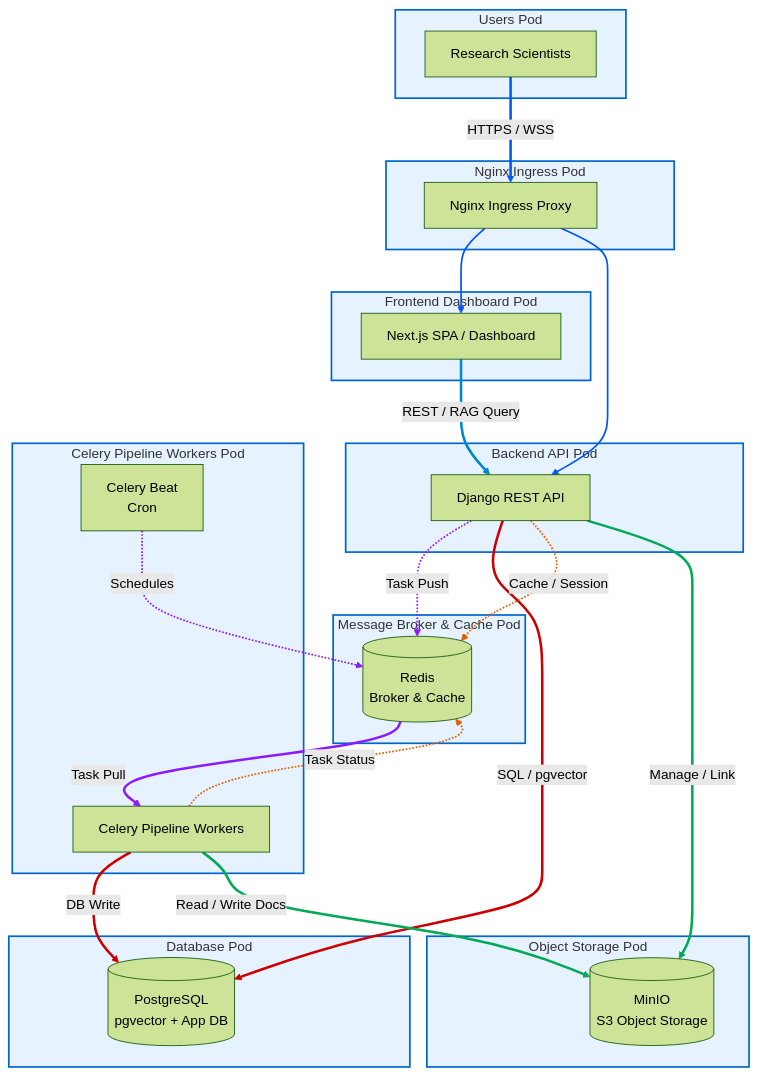
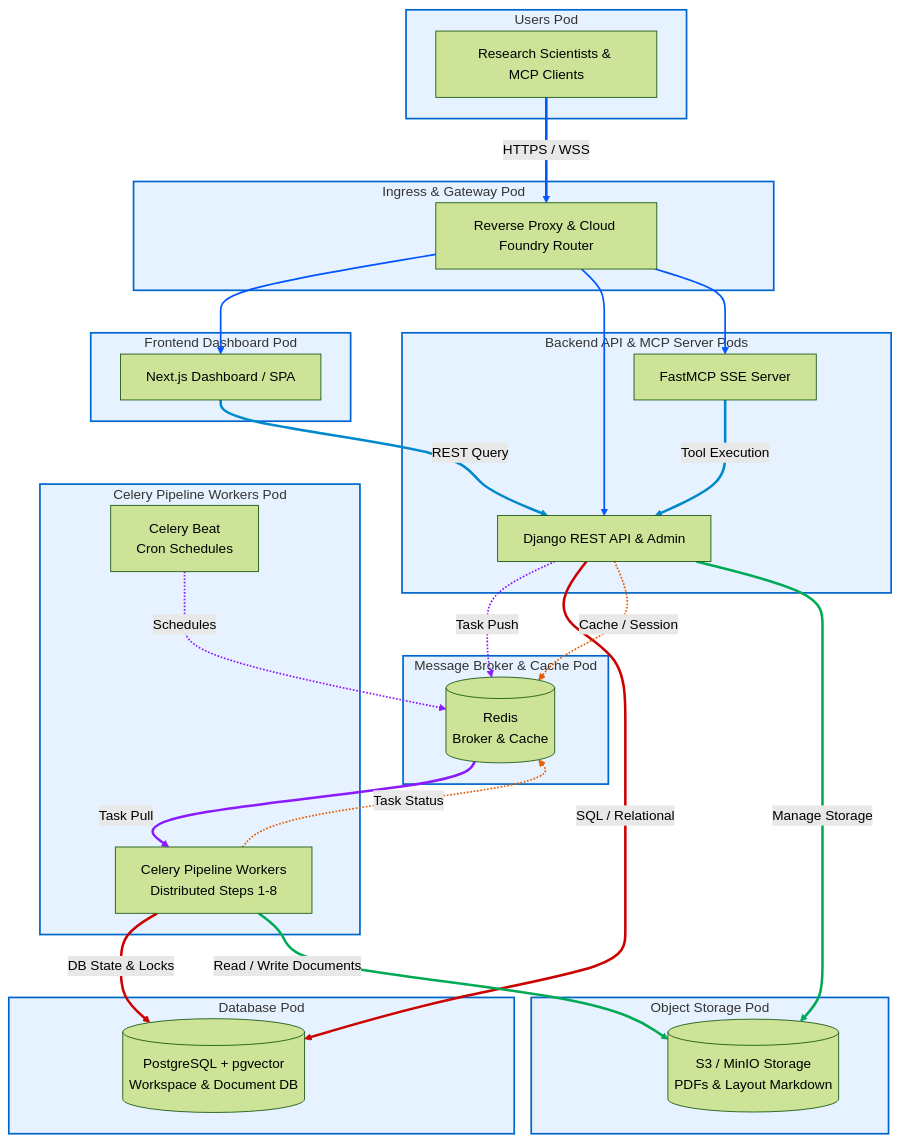
The diagram in docs/diagrams/architecture.mmd (p4ku/research-intelligence), drawn with Mermaid (forest theme) before and after one commit. The commit also changed 15 other files, not shown here.

Commit message:
docs: update diagrams and user guides for 8-stage SLR pipeline and workspace config import/export

```diff
--- a/docs/diagrams/architecture.mmd
+++ b/docs/diagrams/architecture.mmd
@@ -1,70 +1,75 @@
 graph TB
     subgraph Users ["Users Pod"]
-        usr[Research Scientists]
+        usr[Research Scientists & MCP Clients]
     end
     style Users fill:#e6f2ff,stroke:#0066cc,stroke-width:2px
 
-    subgraph Ingress ["Nginx Ingress Pod"]
-        nginx[Nginx Ingress Proxy]
+    subgraph Ingress ["Ingress & Gateway Pod"]
+        nginx[Reverse Proxy & Cloud Foundry Router]
     end
     style Ingress fill:#e6f2ff,stroke:#0066cc,stroke-width:2px
 
     subgraph Frontend ["Frontend Dashboard Pod"]
-        frontend[Next.js SPA / Dashboard]
+        frontend[Next.js Dashboard / SPA]
     end
     style Frontend fill:#e6f2ff,stroke:#0066cc,stroke-width:2px
 
-    subgraph Backend ["Backend API Pod"]
-        api[Django REST API]
+    subgraph Backend ["Backend API & MCP Server Pods"]
+        api[Django REST API & Admin]
+        mcp[FastMCP SSE Server]
     end
     style Backend fill:#e6f2ff,stroke:#0066cc,stroke-width:2px
 
     subgraph DataState ["Message Broker & Cache Pod"]
         broker[(Redis <br> Broker & Cache)]
     end
     style DataState fill:#e6f2ff,stroke:#0066cc,stroke-width:2px
 
     subgraph Workers ["Celery Pipeline Workers Pod"]
-        beat[Celery Beat <br> Cron]
-        w1[Celery Pipeline Workers]
+        beat[Celery Beat <br> Cron Schedules]
+        w1[Celery Pipeline Workers <br> Distributed Steps 1-8]
     end
     style Workers fill:#e6f2ff,stroke:#0066cc,stroke-width:2px
 
     subgraph Database ["Database Pod"]
-        db[(PostgreSQL <br> pgvector + App DB)]
+        db[(PostgreSQL + pgvector <br> Workspace & Document DB)]
     end
     style Database fill:#e6f2ff,stroke:#0066cc,stroke-width:2px
 
     subgraph Storage ["Object Storage Pod"]
-        minio[(MinIO <br> S3 Object Storage)]
+        minio[(S3 / MinIO Storage <br> PDFs & Layout Markdown)]
     end
     style Storage fill:#e6f2ff,stroke:#0066cc,stroke-width:2px
 
     usr ==>|HTTPS / WSS| nginx
     nginx --> frontend
     nginx --> api
-    frontend ==>|REST / RAG Query| api
+    nginx --> mcp
+    frontend ==>|REST Query| api
+    mcp ==>|Tool Execution| api
     api -.->|Task Push| broker
     beat -.->|Schedules| broker
     broker ==>|Task Pull| w1
-    w1 ==>|DB Write| db
-    api ==>|SQL / pgvector| db
+    w1 ==>|DB State & Locks| db
+    api ==>|SQL / Relational| db
     w1 -.->|Task Status| broker
     api -.->|Cache / Session| broker
-    api ==>|Manage / Link| minio
-    w1 ==>|Read / Write Docs| minio
+    api ==>|Manage Storage| minio
+    w1 ==>|Read / Write Documents| minio
 
     %% Link styles for custom colored arrows
     linkStyle 0 stroke:#0055ff,stroke-width:3px;
     linkStyle 1 stroke:#0055ff,stroke-width:2px;
     linkStyle 2 stroke:#0055ff,stroke-width:2px;
-    linkStyle 3 stroke:#0088cc,stroke-width:3px;
-    linkStyle 4 stroke:#8c1aff,stroke-width:2px;
-    linkStyle 5 stroke:#8c1aff,stroke-width:2px;
-    linkStyle 6 stroke:#8c1aff,stroke-width:3px;
-    linkStyle 7 stroke:#cc0000,stroke-width:3px;
-    linkStyle 8 stroke:#cc0000,stroke-width:3px;
-    linkStyle 9 stroke:#e65c00,stroke-width:2px;
-    linkStyle 10 stroke:#e65c00,stroke-width:2px;
-    linkStyle 11 stroke:#00aa55,stroke-width:3px;
-    linkStyle 12 stroke:#00aa55,stroke-width:3px;
+    linkStyle 3 stroke:#0055ff,stroke-width:2px;
+    linkStyle 4 stroke:#0088cc,stroke-width:3px;
+    linkStyle 5 stroke:#0088cc,stroke-width:3px;
+    linkStyle 6 stroke:#8c1aff,stroke-width:2px;
+    linkStyle 7 stroke:#8c1aff,stroke-width:2px;
+    linkStyle 8 stroke:#8c1aff,stroke-width:3px;
+    linkStyle 9 stroke:#cc0000,stroke-width:3px;
+    linkStyle 10 stroke:#cc0000,stroke-width:3px;
+    linkStyle 11 stroke:#e65c00,stroke-width:2px;
+    linkStyle 12 stroke:#e65c00,stroke-width:2px;
+    linkStyle 13 stroke:#00aa55,stroke-width:3px;
+    linkStyle 14 stroke:#00aa55,stroke-width:3px;
```
